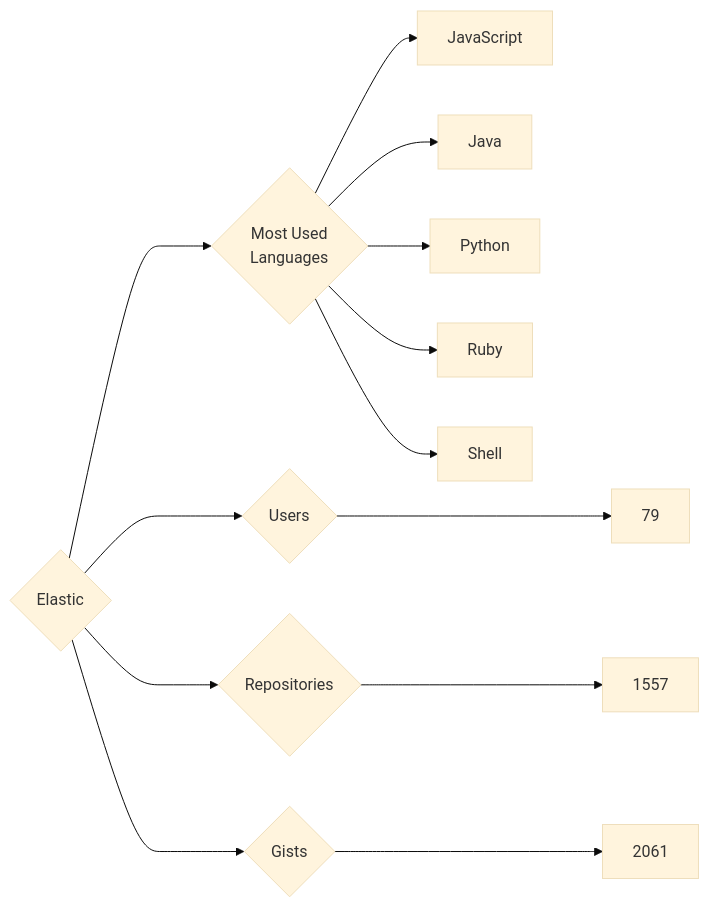
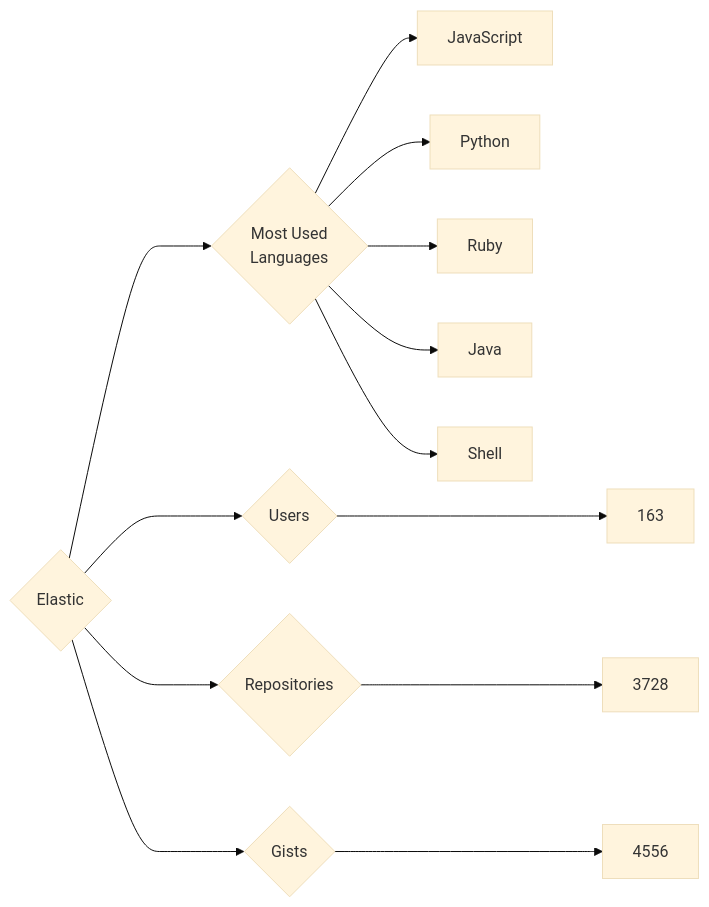
Before and after one commit to trickest/insiders: the diagram in targets/Elastic/README.md, drawn with Mermaid (base theme). The commit also changed 932 other files, not shown here.

````diff
--- a/targets/Elastic/README.md
+++ b/targets/Elastic/README.md
@@ -3,13 +3,13 @@
 ```mermaid
 graph LR
 COMPANY_NAME{Elastic}
-COMPANY_NAME ---> U{Users} ---> UN[79]
-COMPANY_NAME ---> R{Repositories} ---> RN[1557]
-COMPANY_NAME ---> G{Gists} ---> GN[2061]
+COMPANY_NAME ---> U{Users} ---> UN[163]
+COMPANY_NAME ---> R{Repositories} ---> RN[3728]
+COMPANY_NAME ---> G{Gists} ---> GN[4556]
 COMPANY_NAME ---> ML{Most Used<br>Languages}
 ML --> JavaScript[JavaScript]
-ML --> Java[Java]
 ML --> Python[Python]
 ML --> Ruby[Ruby]
+ML --> Java[Java]
 ML --> Shell[Shell]
 ```
````
